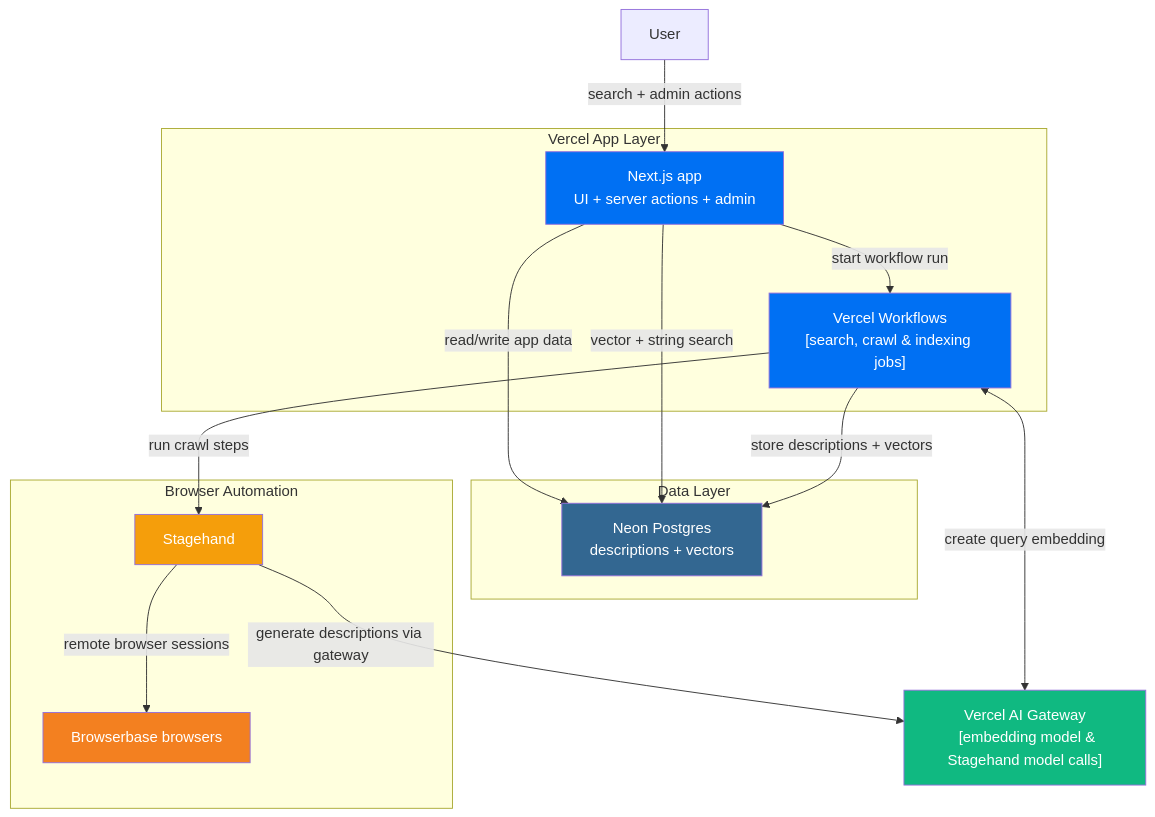
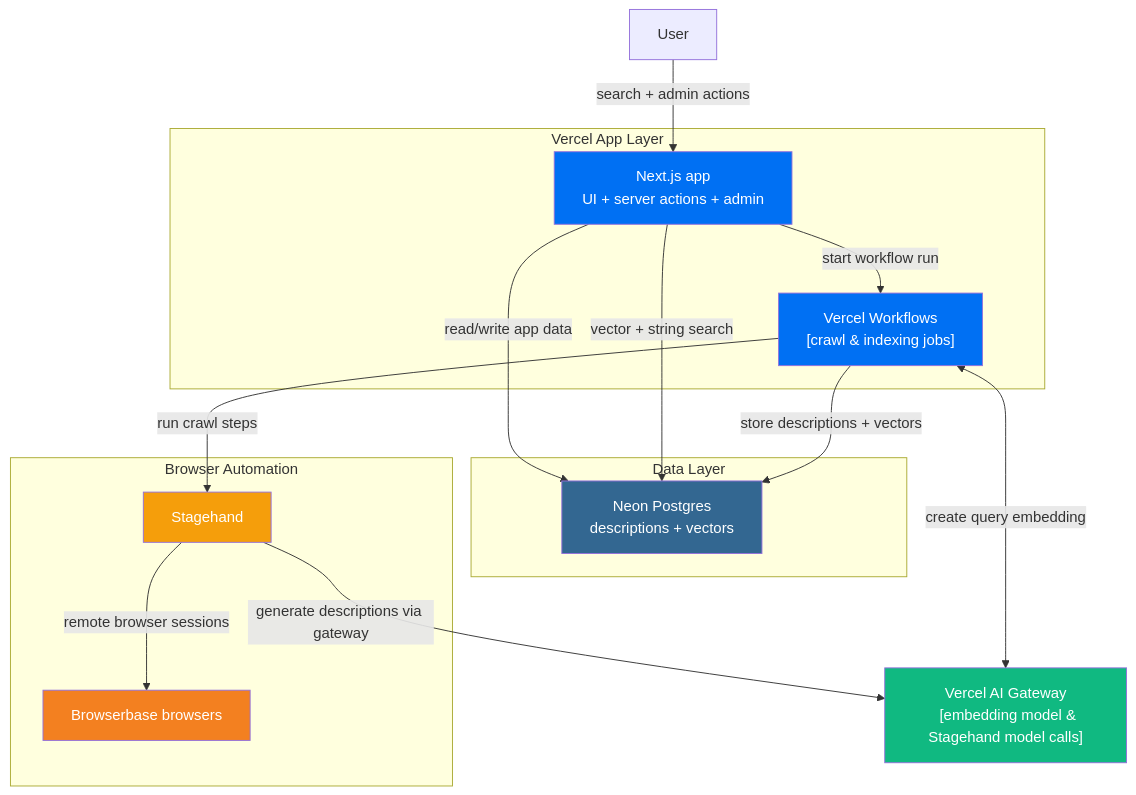
The first of 2 diagrams in README.md (jagrat7/Shadpedia), drawn with Mermaid before and after one commit.

````diff
--- a/README.md
+++ b/README.md
@@ -19,37 +19,37 @@
 ```mermaid
 graph TD
     User["User"]
 
     subgraph App["Vercel App Layer"]
         Next["Next.js app<br/>UI + server actions + admin"]
-        Workflow["Vercel Workflows<br/>[search, crawl & indexing jobs]"]
+        Workflow["Vercel Workflows<br/>[crawl & indexing jobs]"]
     end
 
     subgraph Data["Data Layer"]
         Postgres["Neon Postgres<br/>descriptions + vectors"]
     end
 
     subgraph Crawl["Browser Automation"]
         Stagehand["Stagehand"]
         Browserbase["Browserbase browsers"]
     end
 
     Gateway["Vercel AI Gateway<br/>  [embedding model & Stagehand model calls]"]
 
     User -->|search + admin actions| Next
     Next -->|read/write app data| Postgres
     Next -->|start workflow run| Workflow
     Workflow -->|run crawl steps| Stagehand
     Workflow <-->|create query embedding| Gateway
     Next -->|vector + string search| Postgres
     Stagehand -->|remote browser sessions| Browserbase
     Stagehand -->|generate descriptions via gateway| Gateway
     Workflow -->|store descriptions + vectors| Postgres
 
     style Next fill:#0070f3,color:#fff
     style Workflow fill:#0070f3,color:#fff
     style Postgres fill:#336791,color:#fff
     style Stagehand fill:#f59e0b,color:#fff
     style Browserbase fill:#f38020,color:#fff
     style Gateway fill:#10b981,color:#fff
 ```
````
